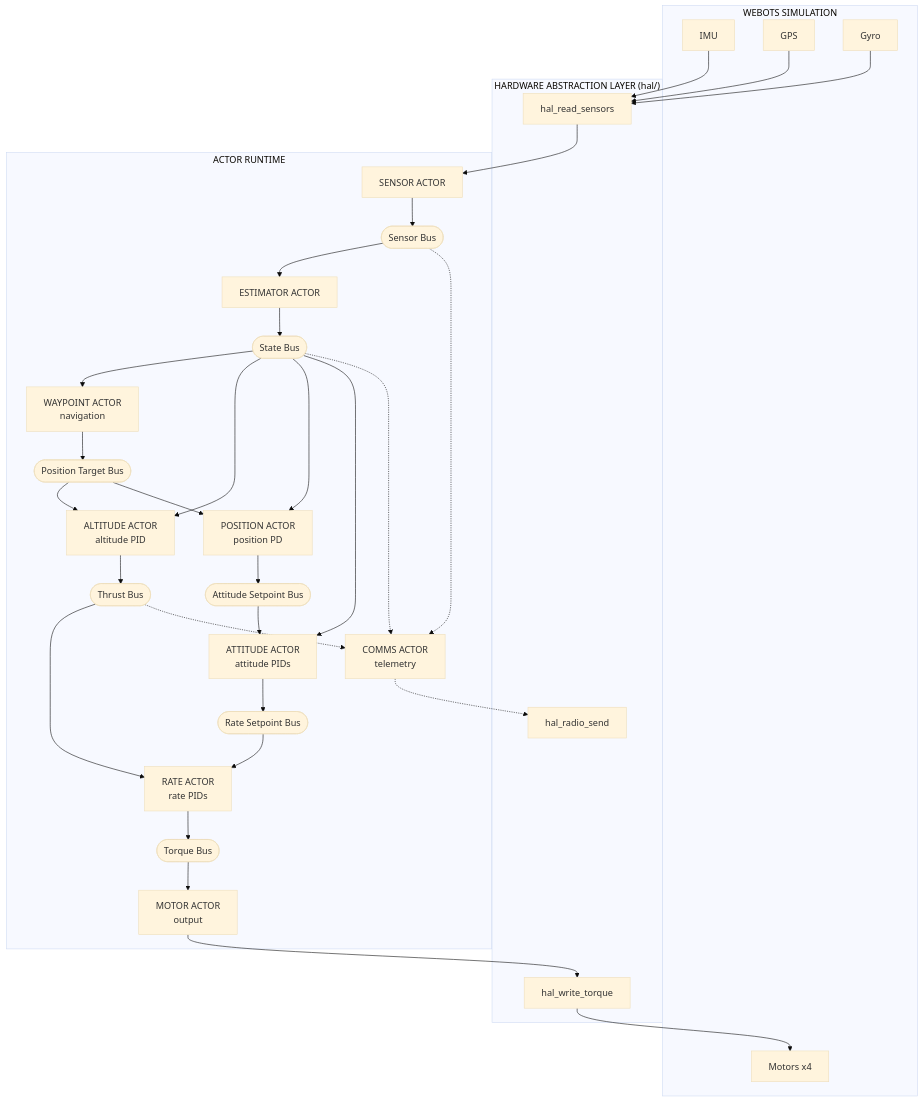
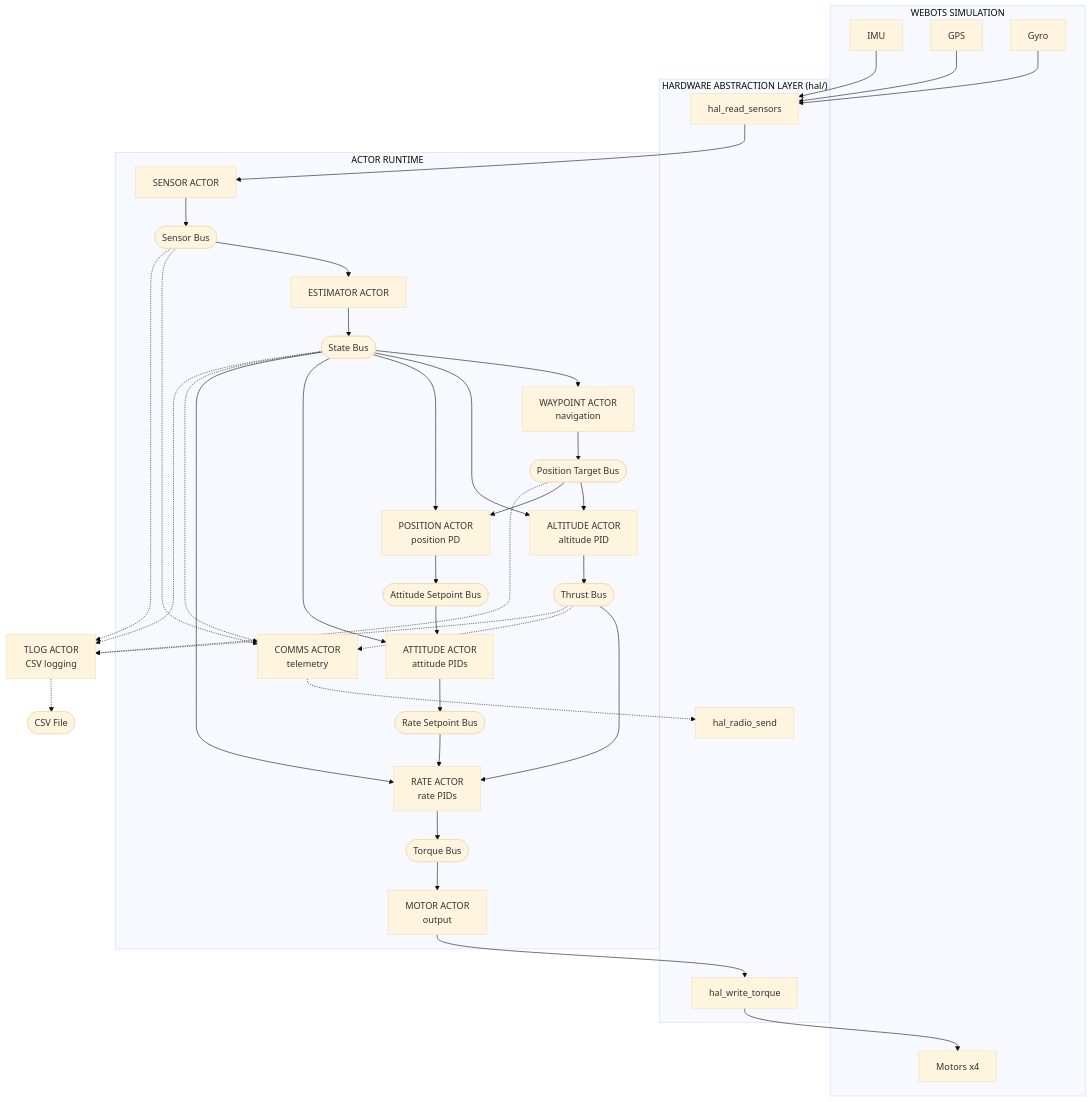
Before and after one commit to joagre/hive: the first of 2 diagrams in examples/pilot/SPEC.md, drawn with Mermaid (base theme).

Commit message:
Fix pilot SPEC.md diagram: add StateBus-->Rate and TLog actor
Same fixes as README.md diagram - add missing StateBus subscription
for Rate actor and add telemetry logger actor with its four bus
subscriptions.

````diff
--- a/examples/pilot/SPEC.md
+++ b/examples/pilot/SPEC.md
@@ -342,56 +342,63 @@
 ```mermaid
 graph TB
     subgraph WEBOTS["WEBOTS SIMULATION"]
         IMU[IMU]
         GPS[GPS]
         Gyro[Gyro]
         Motors[Motors x4]
     end
 
     subgraph HAL["HARDWARE ABSTRACTION LAYER (hal/)"]
         ReadSensors[hal_read_sensors]
         WriteTorque[hal_write_torque]
         RadioTx[hal_radio_send]
     end
 
     subgraph RUNTIME["ACTOR RUNTIME"]
         Sensor[SENSOR ACTOR]
         SensorBus([Sensor Bus])
         Estimator[ESTIMATOR ACTOR]
         StateBus([State Bus])
 
         Altitude[ALTITUDE ACTOR<br/>altitude PID]
         Waypoint[WAYPOINT ACTOR<br/>navigation]
         PositionTargetBus([Position Target Bus])
         Position[POSITION ACTOR<br/>position PD]
         ThrustBus([Thrust Bus])
         AttitudeSPBus([Attitude Setpoint Bus])
         Attitude[ATTITUDE ACTOR<br/>attitude PIDs]
         RateSPBus([Rate Setpoint Bus])
         Rate[RATE ACTOR<br/>rate PIDs]
         TorqueBus([Torque Bus])
         Motor[MOTOR ACTOR<br/>output]
         Comms[COMMS ACTOR<br/>telemetry]
     end
 
     IMU --> ReadSensors
     GPS --> ReadSensors
     Gyro --> ReadSensors
     WriteTorque --> Motors
 
     ReadSensors --> Sensor
     Sensor --> SensorBus --> Estimator --> StateBus
 
     StateBus --> Waypoint --> PositionTargetBus --> Altitude --> ThrustBus --> Rate
     PositionTargetBus --> Position
     StateBus --> Altitude
     StateBus --> Position --> AttitudeSPBus --> Attitude
     StateBus --> Attitude --> RateSPBus --> Rate --> TorqueBus --> Motor
+    StateBus --> Rate
 
     Motor --> WriteTorque
 
     SensorBus -.-> Comms
     StateBus -.-> Comms
     ThrustBus -.-> Comms
     Comms -.-> RadioTx
+
+    SensorBus -.-> TLog[TLOG ACTOR<br/>CSV logging]
+    StateBus -.-> TLog
+    ThrustBus -.-> TLog
+    PositionTargetBus -.-> TLog
+    TLog -.-> CSV([CSV File])
 ```
````
